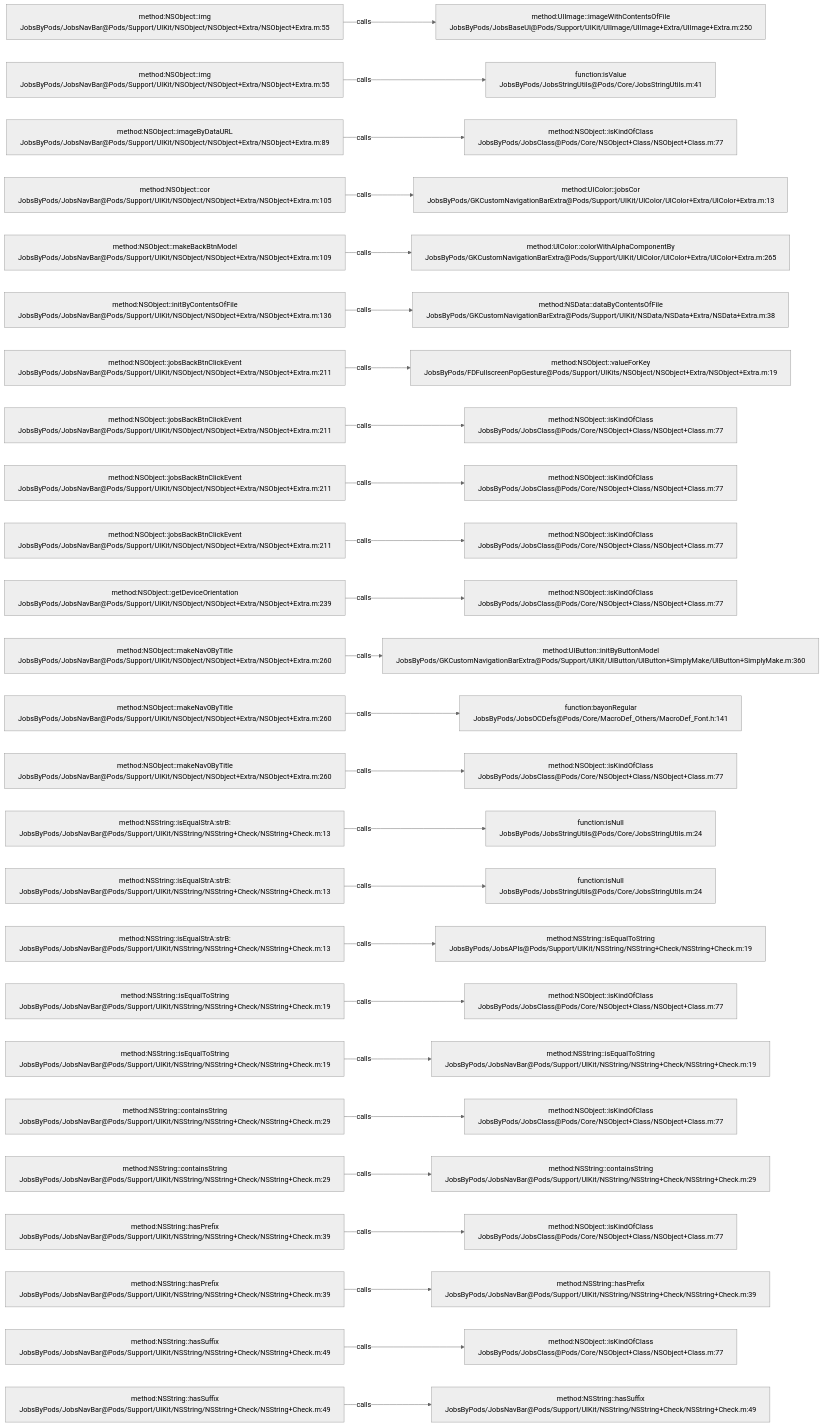
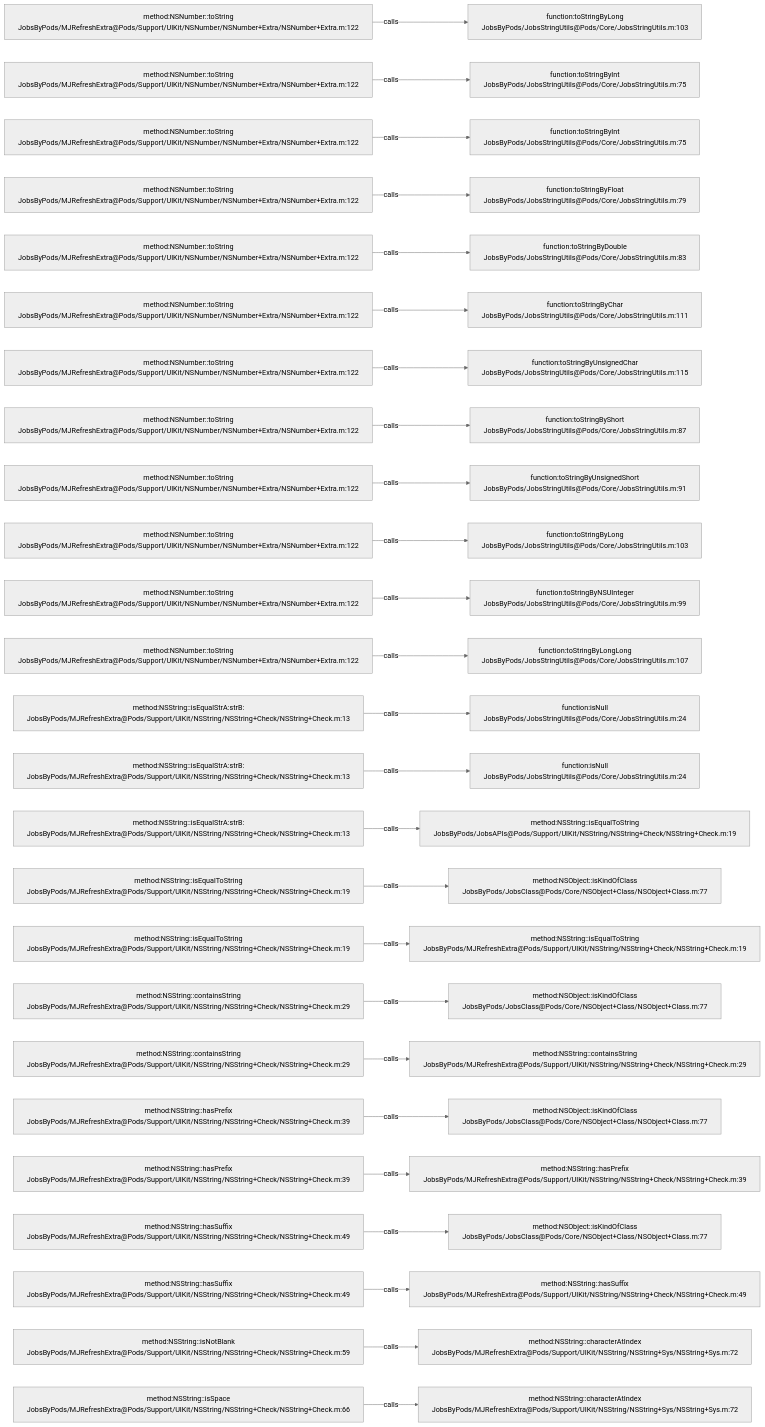
Before and after one commit to JobsKits/JobsOCBaseConfigDemo: the diagram in .codegraph/codegraph.md/graphs/calls-113.md, drawn with Mermaid (neutral theme). The commit also changed 573 other files, not shown here.

````diff
--- a/.codegraph/codegraph.md/graphs/calls-113.md
+++ b/.codegraph/codegraph.md/graphs/calls-113.md
@@ -13,78 +13,78 @@
 ```mermaid
 flowchart LR
-  S1["method:NSObject::img<br/>JobsByPods/JobsNavBar@Pods/Support/UIKit/NSObject/NSObject+Extra/NSObject+Extra.m:55"]
-  T1["method:UIImage::imageWithContentsOfFile<br/>JobsByPods/JobsBaseUI@Pods/Support/UIKit/UIImage/UIImage+Extra/UIImage+Extra.m:250"]
+  S1["method:NSNumber::toString<br/>JobsByPods/MJRefreshExtra@Pods/Support/UIKit/NSNumber/NSNumber+Extra/NSNumber+Extra.m:122"]
+  T1["function:toStringByLong<br/>JobsByPods/JobsStringUtils@Pods/Core/JobsStringUtils.m:103"]
   S1 -->|calls| T1
-  S2["method:NSObject::img<br/>JobsByPods/JobsNavBar@Pods/Support/UIKit/NSObject/NSObject+Extra/NSObject+Extra.m:55"]
-  T2["function:isValue<br/>JobsByPods/JobsStringUtils@Pods/Core/JobsStringUtils.m:41"]
+  S2["method:NSNumber::toString<br/>JobsByPods/MJRefreshExtra@Pods/Support/UIKit/NSNumber/NSNumber+Extra/NSNumber+Extra.m:122"]
+  T2["function:toStringByInt<br/>JobsByPods/JobsStringUtils@Pods/Core/JobsStringUtils.m:75"]
   S2 -->|calls| T2
-  S3["method:NSObject::imageByDataURL<br/>JobsByPods/JobsNavBar@Pods/Support/UIKit/NSObject/NSObject+Extra/NSObject+Extra.m:89"]
-  T3["method:NSObject::isKindOfClass<br/>JobsByPods/JobsClass@Pods/Core/NSObject+Class/NSObject+Class.m:77"]
+  S3["method:NSNumber::toString<br/>JobsByPods/MJRefreshExtra@Pods/Support/UIKit/NSNumber/NSNumber+Extra/NSNumber+Extra.m:122"]
+  T3["function:toStringByInt<br/>JobsByPods/JobsStringUtils@Pods/Core/JobsStringUtils.m:75"]
   S3 -->|calls| T3
-  S4["method:NSObject::cor<br/>JobsByPods/JobsNavBar@Pods/Support/UIKit/NSObject/NSObject+Extra/NSObject+Extra.m:105"]
-  T4["method:UIColor::jobsCor<br/>JobsByPods/GKCustomNavigationBarExtra@Pods/Support/UIKit/UIColor/UIColor+Extra/UIColor+Extra.m:13"]
+  S4["method:NSNumber::toString<br/>JobsByPods/MJRefreshExtra@Pods/Support/UIKit/NSNumber/NSNumber+Extra/NSNumber+Extra.m:122"]
+  T4["function:toStringByFloat<br/>JobsByPods/JobsStringUtils@Pods/Core/JobsStringUtils.m:79"]
   S4 -->|calls| T4
-  S5["method:NSObject::makeBackBtnModel<br/>JobsByPods/JobsNavBar@Pods/Support/UIKit/NSObject/NSObject+Extra/NSObject+Extra.m:109"]
-  T5["method:UIColor::colorWithAlphaComponentBy<br/>JobsByPods/GKCustomNavigationBarExtra@Pods/Support/UIKit/UIColor/UIColor+Extra/UIColor+Extra.m:265"]
+  S5["method:NSNumber::toString<br/>JobsByPods/MJRefreshExtra@Pods/Support/UIKit/NSNumber/NSNumber+Extra/NSNumber+Extra.m:122"]
+  T5["function:toStringByDouble<br/>JobsByPods/JobsStringUtils@Pods/Core/JobsStringUtils.m:83"]
   S5 -->|calls| T5
-  S6["method:NSObject::initByContentsOfFile<br/>JobsByPods/JobsNavBar@Pods/Support/UIKit/NSObject/NSObject+Extra/NSObject+Extra.m:136"]
-  T6["method:NSData::dataByContentsOfFile<br/>JobsByPods/GKCustomNavigationBarExtra@Pods/Support/UIKit/NSData/NSData+Extra/NSData+Extra.m:38"]
+  S6["method:NSNumber::toString<br/>JobsByPods/MJRefreshExtra@Pods/Support/UIKit/NSNumber/NSNumber+Extra/NSNumber+Extra.m:122"]
+  T6["function:toStringByChar<br/>JobsByPods/JobsStringUtils@Pods/Core/JobsStringUtils.m:111"]
   S6 -->|calls| T6
-  S7["method:NSObject::jobsBackBtnClickEvent<br/>JobsByPods/JobsNavBar@Pods/Support/UIKit/NSObject/NSObject+Extra/NSObject+Extra.m:211"]
-  T7["method:NSObject::valueForKey<br/>JobsByPods/FDFullscreenPopGesture@Pods/Support/UIKits/NSObject/NSObject+Extra/NSObject+Extra.m:19"]
+  S7["method:NSNumber::toString<br/>JobsByPods/MJRefreshExtra@Pods/Support/UIKit/NSNumber/NSNumber+Extra/NSNumber+Extra.m:122"]
+  T7["function:toStringByUnsignedChar<br/>JobsByPods/JobsStringUtils@Pods/Core/JobsStringUtils.m:115"]
   S7 -->|calls| T7
-  S8["method:NSObject::jobsBackBtnClickEvent<br/>JobsByPods/JobsNavBar@Pods/Support/UIKit/NSObject/NSObject+Extra/NSObject+Extra.m:211"]
-  T8["method:NSObject::isKindOfClass<br/>JobsByPods/JobsClass@Pods/Core/NSObject+Class/NSObject+Class.m:77"]
+  S8["method:NSNumber::toString<br/>JobsByPods/MJRefreshExtra@Pods/Support/UIKit/NSNumber/NSNumber+Extra/NSNumber+Extra.m:122"]
+  T8["function:toStringByShort<br/>JobsByPods/JobsStringUtils@Pods/Core/JobsStringUtils.m:87"]
   S8 -->|calls| T8
-  S9["method:NSObject::jobsBackBtnClickEvent<br/>JobsByPods/JobsNavBar@Pods/Support/UIKit/NSObject/NSObject+Extra/NSObject+Extra.m:211"]
-  T9["method:NSObject::isKindOfClass<br/>JobsByPods/JobsClass@Pods/Core/NSObject+Class/NSObject+Class.m:77"]
+  S9["method:NSNumber::toString<br/>JobsByPods/MJRefreshExtra@Pods/Support/UIKit/NSNumber/NSNumber+Extra/NSNumber+Extra.m:122"]
+  T9["function:toStringByUnsignedShort<br/>JobsByPods/JobsStringUtils@Pods/Core/JobsStringUtils.m:91"]
   S9 -->|calls| T9
-  S10["method:NSObject::jobsBackBtnClickEvent<br/>JobsByPods/JobsNavBar@Pods/Support/UIKit/NSObject/NSObject+Extra/NSObject+Extra.m:211"]
-  T10["method:NSObject::isKindOfClass<br/>JobsByPods/JobsClass@Pods/Core/NSObject+Class/NSObject+Class.m:77"]
+  S10["method:NSNumber::toString<br/>JobsByPods/MJRefreshExtra@Pods/Support/UIKit/NSNumber/NSNumber+Extra/NSNumber+Extra.m:122"]
+  T10["function:toStringByLong<br/>JobsByPods/JobsStringUtils@Pods/Core/JobsStringUtils.m:103"]
   S10 -->|calls| T10
-  S11["method:NSObject::getDeviceOrientation<br/>JobsByPods/JobsNavBar@Pods/Support/UIKit/NSObject/NSObject+Extra/NSObject+Extra.m:239"]
-  T11["method:NSObject::isKindOfClass<br/>JobsByPods/JobsClass@Pods/Core/NSObject+Class/NSObject+Class.m:77"]
+  S11["method:NSNumber::toString<br/>JobsByPods/MJRefreshExtra@Pods/Support/UIKit/NSNumber/NSNumber+Extra/NSNumber+Extra.m:122"]
+  T11["function:toStringByNSUInteger<br/>JobsByPods/JobsStringUtils@Pods/Core/JobsStringUtils.m:99"]
   S11 -->|calls| T11
-  S12["method:NSObject::makeNav0ByTitle<br/>JobsByPods/JobsNavBar@Pods/Support/UIKit/NSObject/NSObject+Extra/NSObject+Extra.m:260"]
-  T12["method:UIButton::initByButtonModel<br/>JobsByPods/GKCustomNavigationBarExtra@Pods/Support/UIKit/UIButton/UIButton+SimplyMake/UIButton+SimplyMake.m:360"]
+  S12["method:NSNumber::toString<br/>JobsByPods/MJRefreshExtra@Pods/Support/UIKit/NSNumber/NSNumber+Extra/NSNumber+Extra.m:122"]
+  T12["function:toStringByLongLong<br/>JobsByPods/JobsStringUtils@Pods/Core/JobsStringUtils.m:107"]
   S12 -->|calls| T12
-  S13["method:NSObject::makeNav0ByTitle<br/>JobsByPods/JobsNavBar@Pods/Support/UIKit/NSObject/NSObject+Extra/NSObject+Extra.m:260"]
-  T13["function:bayonRegular<br/>JobsByPods/JobsOCDefs@Pods/Core/MacroDef_Others/MacroDef_Font.h:141"]
+  S13["method:NSString::isEqualStrA:strB:<br/>JobsByPods/MJRefreshExtra@Pods/Support/UIKit/NSString/NSString+Check/NSString+Check.m:13"]
+  T13["function:isNull<br/>JobsByPods/JobsStringUtils@Pods/Core/JobsStringUtils.m:24"]
   S13 -->|calls| T13
-  S14["method:NSObject::makeNav0ByTitle<br/>JobsByPods/JobsNavBar@Pods/Support/UIKit/NSObject/NSObject+Extra/NSObject+Extra.m:260"]
-  T14["method:NSObject::isKindOfClass<br/>JobsByPods/JobsClass@Pods/Core/NSObject+Class/NSObject+Class.m:77"]
+  S14["method:NSString::isEqualStrA:strB:<br/>JobsByPods/MJRefreshExtra@Pods/Support/UIKit/NSString/NSString+Check/NSString+Check.m:13"]
+  T14["function:isNull<br/>JobsByPods/JobsStringUtils@Pods/Core/JobsStringUtils.m:24"]
   S14 -->|calls| T14
-  S15["method:NSString::isEqualStrA:strB:<br/>JobsByPods/JobsNavBar@Pods/Support/UIKit/NSString/NSString+Check/NSString+Check.m:13"]
-  T15["function:isNull<br/>JobsByPods/JobsStringUtils@Pods/Core/JobsStringUtils.m:24"]
+  S15["method:NSString::isEqualStrA:strB:<br/>JobsByPods/MJRefreshExtra@Pods/Support/UIKit/NSString/NSString+Check/NSString+Check.m:13"]
+  T15["method:NSString::isEqualToString<br/>JobsByPods/JobsAPIs@Pods/Support/UIKit/NSString/NSString+Check/NSString+Check.m:19"]
   S15 -->|calls| T15
-  S16["method:NSString::isEqualStrA:strB:<br/>JobsByPods/JobsNavBar@Pods/Support/UIKit/NSString/NSString+Check/NSString+Check.m:13"]
-  T16["function:isNull<br/>JobsByPods/JobsStringUtils@Pods/Core/JobsStringUtils.m:24"]
+  S16["method:NSString::isEqualToString<br/>JobsByPods/MJRefreshExtra@Pods/Support/UIKit/NSString/NSString+Check/NSString+Check.m:19"]
+  T16["method:NSObject::isKindOfClass<br/>JobsByPods/JobsClass@Pods/Core/NSObject+Class/NSObject+Class.m:77"]
   S16 -->|calls| T16
-  S17["method:NSString::isEqualStrA:strB:<br/>JobsByPods/JobsNavBar@Pods/Support/UIKit/NSString/NSString+Check/NSString+Check.m:13"]
-  T17["method:NSString::isEqualToString<br/>JobsByPods/JobsAPIs@Pods/Support/UIKit/NSString/NSString+Check/NSString+Check.m:19"]
+  S17["method:NSString::isEqualToString<br/>JobsByPods/MJRefreshExtra@Pods/Support/UIKit/NSString/NSString+Check/NSString+Check.m:19"]
+  T17["method:NSString::isEqualToString<br/>JobsByPods/MJRefreshExtra@Pods/Support/UIKit/NSString/NSString+Check/NSString+Check.m:19"]
   S17 -->|calls| T17
-  S18["method:NSString::isEqualToString<br/>JobsByPods/JobsNavBar@Pods/Support/UIKit/NSString/NSString+Check/NSString+Check.m:19"]
+  S18["method:NSString::containsString<br/>JobsByPods/MJRefreshExtra@Pods/Support/UIKit/NSString/NSString+Check/NSString+Check.m:29"]
   T18["method:NSObject::isKindOfClass<br/>JobsByPods/JobsClass@Pods/Core/NSObject+Class/NSObject+Class.m:77"]
   S18 -->|calls| T18
-  S19["method:NSString::isEqualToString<br/>JobsByPods/JobsNavBar@Pods/Support/UIKit/NSString/NSString+Check/NSString+Check.m:19"]
-  T19["method:NSString::isEqualToString<br/>JobsByPods/JobsNavBar@Pods/Support/UIKit/NSString/NSString+Check/NSString+Check.m:19"]
+  S19["method:NSString::containsString<br/>JobsByPods/MJRefreshExtra@Pods/Support/UIKit/NSString/NSString+Check/NSString+Check.m:29"]
+  T19["method:NSString::containsString<br/>JobsByPods/MJRefreshExtra@Pods/Support/UIKit/NSString/NSString+Check/NSString+Check.m:29"]
   S19 -->|calls| T19
-  S20["method:NSString::containsString<br/>JobsByPods/JobsNavBar@Pods/Support/UIKit/NSString/NSString+Check/NSString+Check.m:29"]
+  S20["method:NSString::hasPrefix<br/>JobsByPods/MJRefreshExtra@Pods/Support/UIKit/NSString/NSString+Check/NSString+Check.m:39"]
   T20["method:NSObject::isKindOfClass<br/>JobsByPods/JobsClass@Pods/Core/NSObject+Class/NSObject+Class.m:77"]
   S20 -->|calls| T20
-  S21["method:NSString::containsString<br/>JobsByPods/JobsNavBar@Pods/Support/UIKit/NSString/NSString+Check/NSString+Check.m:29"]
-  T21["method:NSString::containsString<br/>JobsByPods/JobsNavBar@Pods/Support/UIKit/NSString/NSString+Check/NSString+Check.m:29"]
+  S21["method:NSString::hasPrefix<br/>JobsByPods/MJRefreshExtra@Pods/Support/UIKit/NSString/NSString+Check/NSString+Check.m:39"]
+  T21["method:NSString::hasPrefix<br/>JobsByPods/MJRefreshExtra@Pods/Support/UIKit/NSString/NSString+Check/NSString+Check.m:39"]
   S21 -->|calls| T21
-  S22["method:NSString::hasPrefix<br/>JobsByPods/JobsNavBar@Pods/Support/UIKit/NSString/NSString+Check/NSString+Check.m:39"]
+  S22["method:NSString::hasSuffix<br/>JobsByPods/MJRefreshExtra@Pods/Support/UIKit/NSString/NSString+Check/NSString+Check.m:49"]
   T22["method:NSObject::isKindOfClass<br/>JobsByPods/JobsClass@Pods/Core/NSObject+Class/NSObject+Class.m:77"]
   S22 -->|calls| T22
-  S23["method:NSString::hasPrefix<br/>JobsByPods/JobsNavBar@Pods/Support/UIKit/NSString/NSString+Check/NSString+Check.m:39"]
-  T23["method:NSString::hasPrefix<br/>JobsByPods/JobsNavBar@Pods/Support/UIKit/NSString/NSString+Check/NSString+Check.m:39"]
+  S23["method:NSString::hasSuffix<br/>JobsByPods/MJRefreshExtra@Pods/Support/UIKit/NSString/NSString+Check/NSString+Check.m:49"]
+  T23["method:NSString::hasSuffix<br/>JobsByPods/MJRefreshExtra@Pods/Support/UIKit/NSString/NSString+Check/NSString+Check.m:49"]
   S23 -->|calls| T23
-  S24["method:NSString::hasSuffix<br/>JobsByPods/JobsNavBar@Pods/Support/UIKit/NSString/NSString+Check/NSString+Check.m:49"]
-  T24["method:NSObject::isKindOfClass<br/>JobsByPods/JobsClass@Pods/Core/NSObject+Class/NSObject+Class.m:77"]
+  S24["method:NSString::isNotBlank<br/>JobsByPods/MJRefreshExtra@Pods/Support/UIKit/NSString/NSString+Check/NSString+Check.m:59"]
+  T24["method:NSString::characterAtIndex<br/>JobsByPods/MJRefreshExtra@Pods/Support/UIKit/NSString/NSString+Sys/NSString+Sys.m:72"]
   S24 -->|calls| T24
-  S25["method:NSString::hasSuffix<br/>JobsByPods/JobsNavBar@Pods/Support/UIKit/NSString/NSString+Check/NSString+Check.m:49"]
-  T25["method:NSString::hasSuffix<br/>JobsByPods/JobsNavBar@Pods/Support/UIKit/NSString/NSString+Check/NSString+Check.m:49"]
+  S25["method:NSString::isSpace<br/>JobsByPods/MJRefreshExtra@Pods/Support/UIKit/NSString/NSString+Check/NSString+Check.m:66"]
+  T25["method:NSString::characterAtIndex<br/>JobsByPods/MJRefreshExtra@Pods/Support/UIKit/NSString/NSString+Sys/NSString+Sys.m:72"]
   S25 -->|calls| T25
 ```
````
